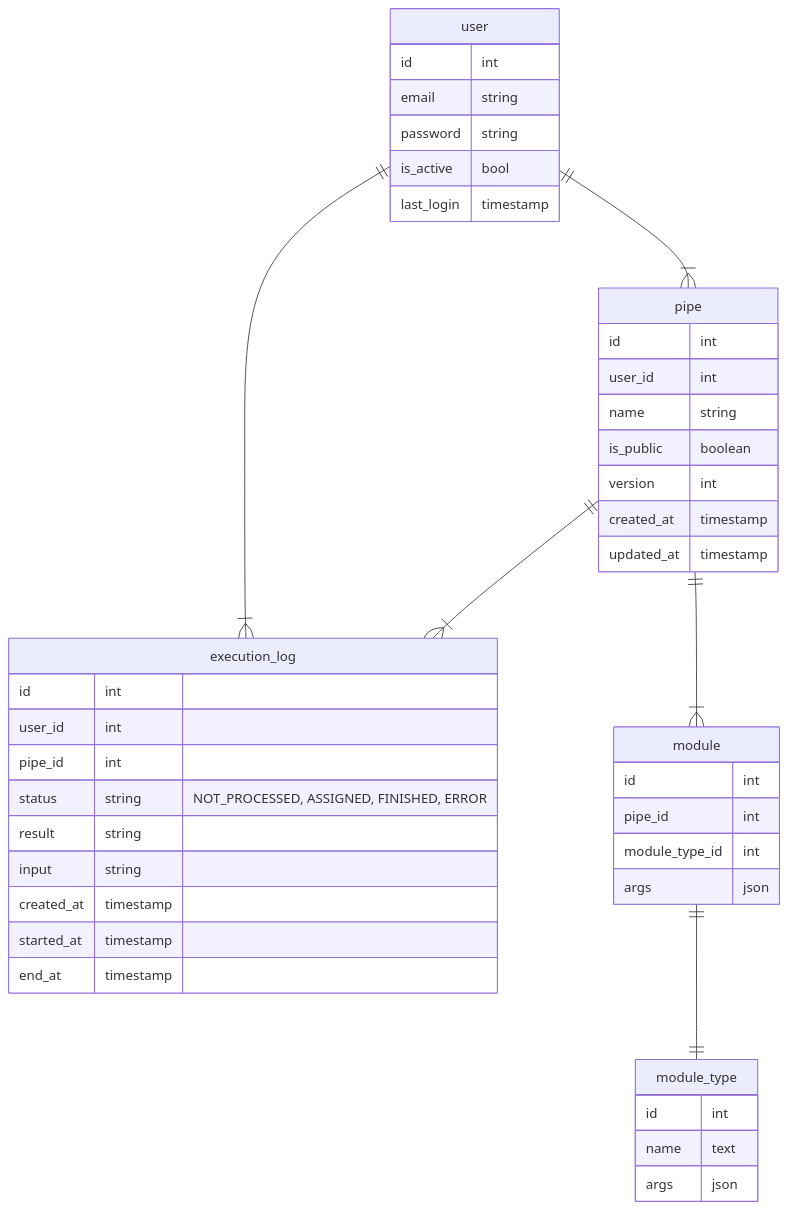
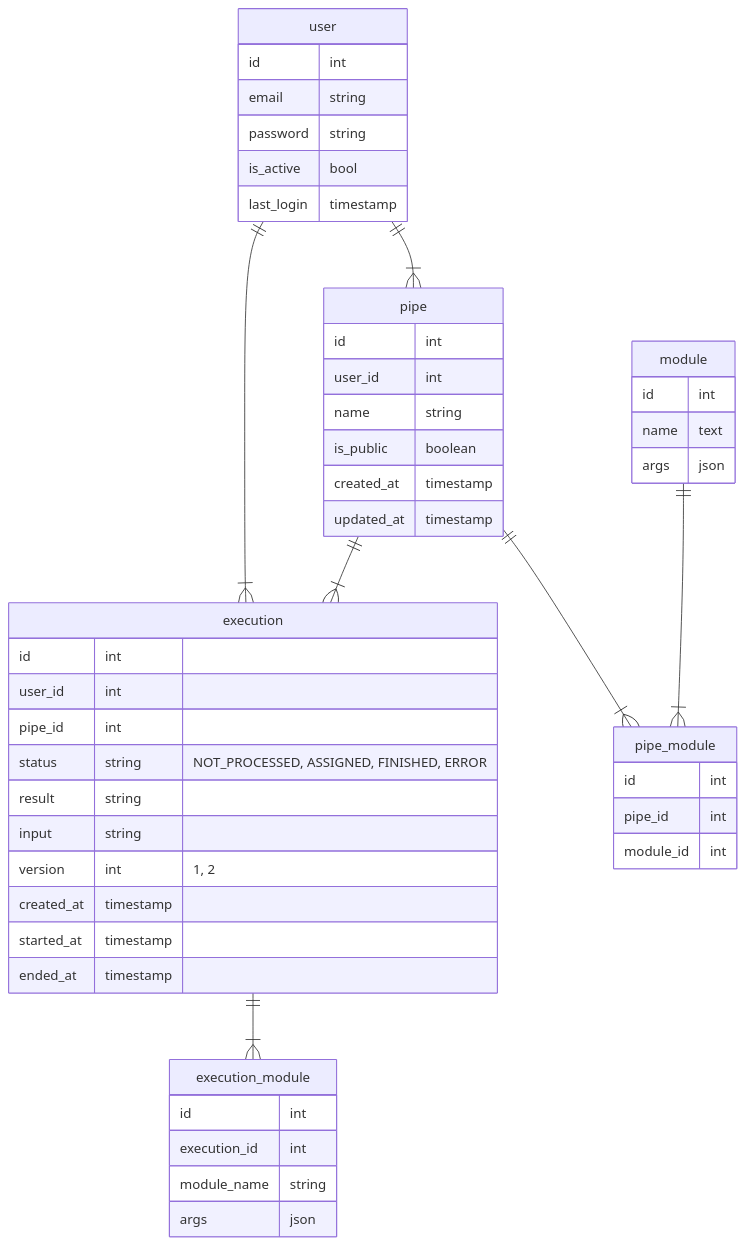
Before and after one commit to SamyBP/StringProcessingApplication: the diagram in design/rest.server.db.diagram.md, drawn with Mermaid. The commit also changed 82 other files, not shown here.

````diff
--- a/design/rest.server.db.diagram.md
+++ b/design/rest.server.db.diagram.md
@@ -1,52 +1,59 @@
 ```mermaid
 erDiagram
     user {
         id int
         email string
         password string
         is_active bool
         last_login timestamp
     }
     
-    execution_log {
+    execution {
         id int
         user_id int
         pipe_id int
         status string "NOT_PROCESSED, ASSIGNED, FINISHED, ERROR"
         result string
         input string
+        version int "1, 2"
         created_at timestamp
         started_at timestamp
-        end_at timestamp
+        ended_at timestamp
     }
     
     pipe {
         id int
         user_id int
         name string
         is_public boolean
-        version int
         created_at timestamp
         updated_at timestamp
     }
     
-    module {
+    execution_module {
         id int
-        pipe_id int
-        module_type_id int
+        execution_id int
+        module_name string
         args json
     }
     
-    module_type {
+    module {
         id int
         name text
         args json
     }
     
+    pipe_module {
+        id int
+        pipe_id int
+        module_id int
+    }
+    
     user ||--|{ pipe : ""
-    pipe ||--|{ module : ""
-    module ||--|| module_type: ""
-    user ||--|{ execution_log: ""
-    pipe ||--|{ execution_log: ""
+    pipe ||--|{ pipe_module : ""
+    module ||--|{ pipe_module : ""
+    execution ||--|{ execution_module: ""
+    user ||--|{ execution: ""
+    pipe ||--|{ execution: ""
     
 ```
````
